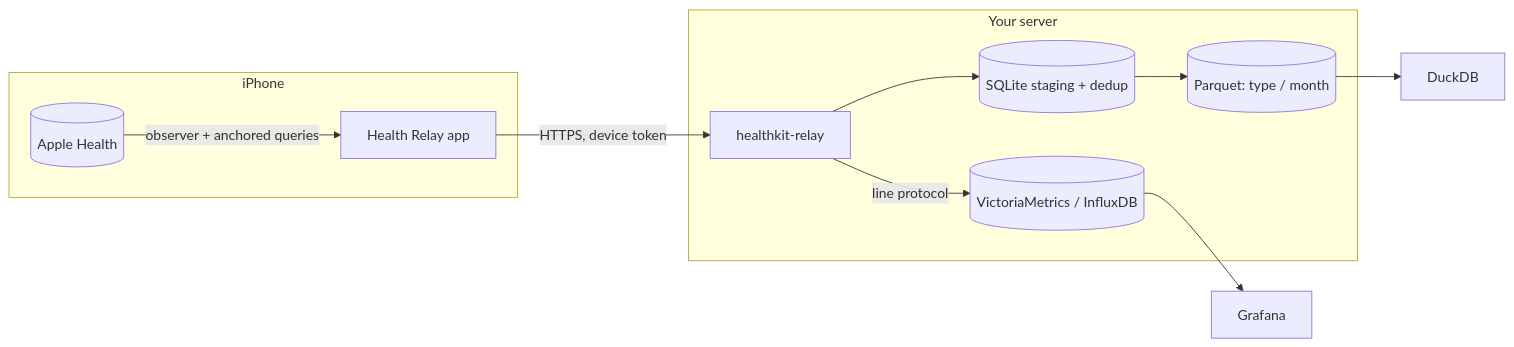
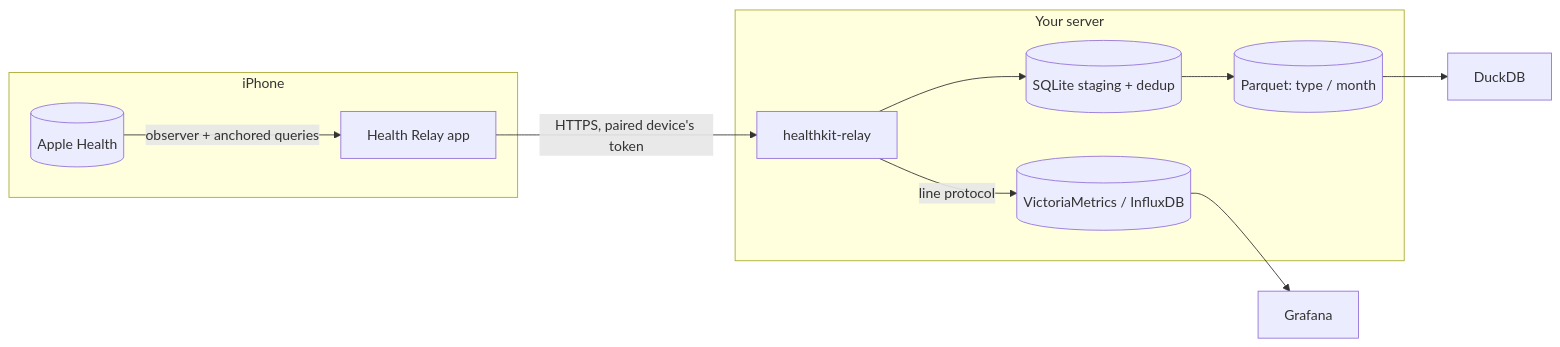
Before and after one commit to leblancfg/healthkit-relay: the diagram in docs/index.md, drawn with Mermaid. The commit also changed other lines of this file and 12 other files, not shown here.

````diff
--- a/docs/index.md
+++ b/docs/index.md
@@ -33,14 +34,14 @@
 ```mermaid
 flowchart LR
   subgraph iPhone
     HK[(Apple Health)] -->|observer + anchored queries| APP[Health Relay app]
   end
-  APP -->|HTTPS, device token| SRV[healthkit-relay]
+  APP -->|HTTPS, paired device's token| SRV[healthkit-relay]
   subgraph Your server
     SRV --> STG[(SQLite staging + dedup)]
     STG --> PQ[(Parquet: type / month)]
     SRV -->|line protocol| TSDB[(VictoriaMetrics / InfluxDB)]
   end
   PQ --> DUCK[DuckDB]
   TSDB --> GRAF[Grafana]
 ```
````
